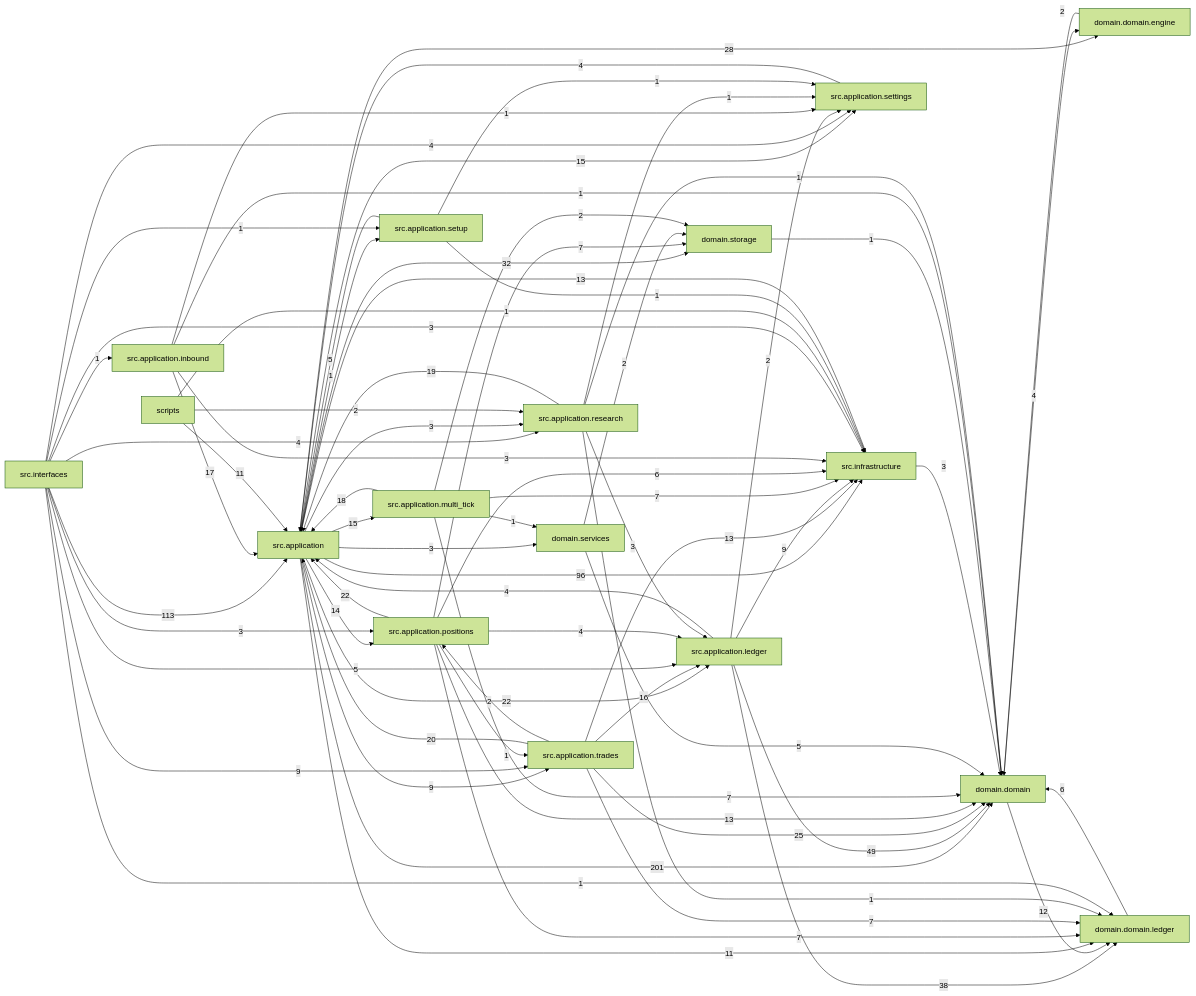
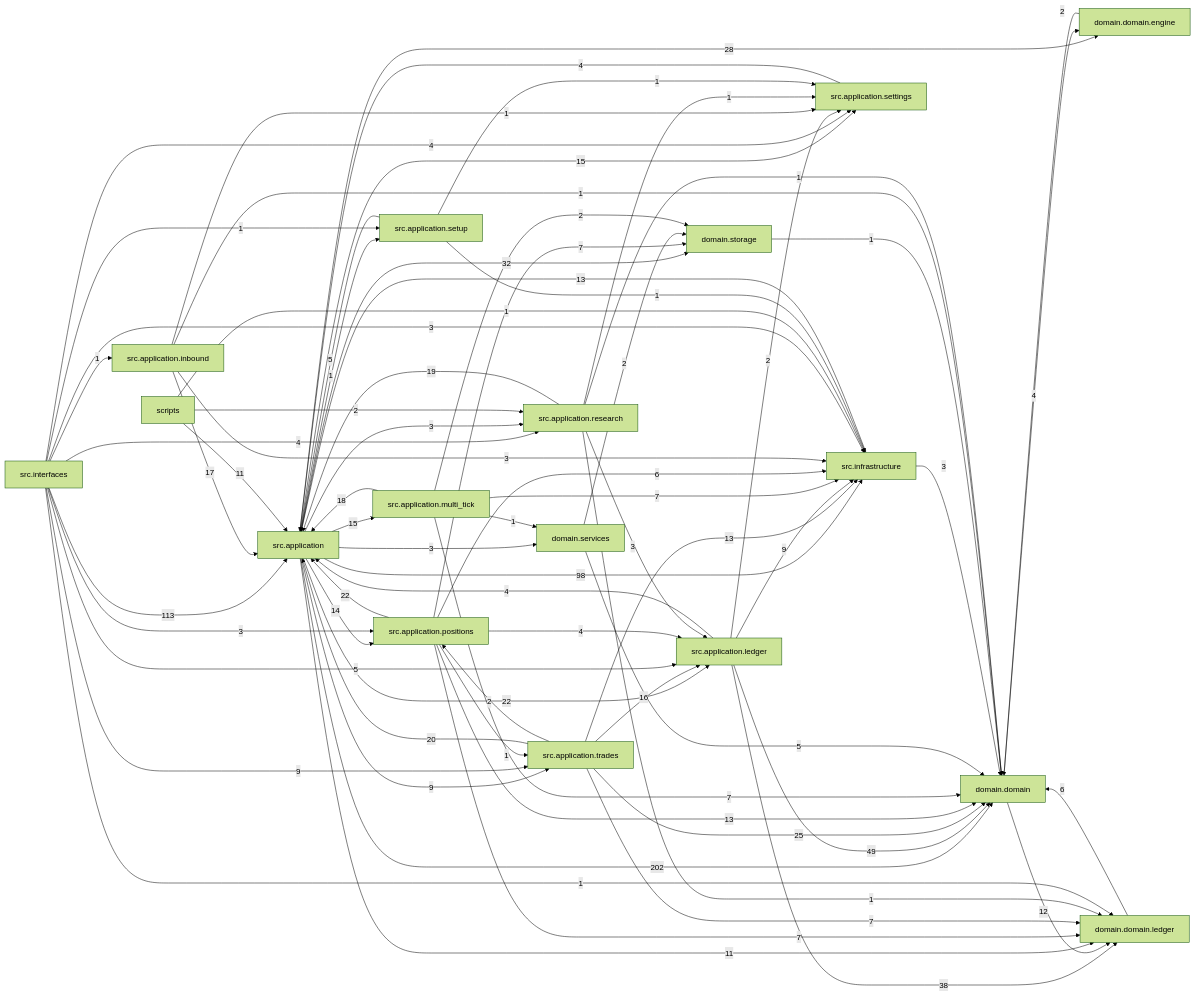
Before and after one commit to liuxie066/options-monitor: the diagram in docs/dependency_graph.mmd, drawn with Mermaid (forest theme). The commit also changed 13 other files, not shown here.

```diff
--- a/docs/dependency_graph.mmd
+++ b/docs/dependency_graph.mmd
@@ -1,72 +1,72 @@
 flowchart LR
-  src_application["src.application"] -->|201| domain_domain["domain.domain"]
+  src_application["src.application"] -->|202| domain_domain["domain.domain"]
   src_interfaces["src.interfaces"] -->|113| src_application["src.application"]
-  src_application["src.application"] -->|96| src_infrastructure["src.infrastructure"]
+  src_application["src.application"] -->|98| src_infrastructure["src.infrastructure"]
   src_application_ledger["src.application.ledger"] -->|49| domain_domain["domain.domain"]
   src_application_ledger["src.application.ledger"] -->|38| domain_domain_ledger["domain.domain.ledger"]
   src_application["src.application"] -->|32| domain_storage["domain.storage"]
   src_application["src.application"] -->|28| domain_domain_engine["domain.domain.engine"]
   src_application_trades["src.application.trades"] -->|25| domain_domain["domain.domain"]
   src_application["src.application"] -->|22| src_application_ledger["src.application.ledger"]
   src_application_positions["src.application.positions"] -->|22| src_application["src.application"]
   src_application_trades["src.application.trades"] -->|20| src_application["src.application"]
   src_application_research["src.application.research"] -->|19| src_application["src.application"]
   src_application_multi_tick["src.application.multi_tick"] -->|18| src_application["src.application"]
   src_application_inbound["src.application.inbound"] -->|17| src_application["src.application"]
   src_application_trades["src.application.trades"] -->|16| src_application_ledger["src.application.ledger"]
   src_application["src.application"] -->|15| src_application_multi_tick["src.application.multi_tick"]
   src_application["src.application"] -->|15| src_application_settings["src.application.settings"]
   src_application["src.application"] -->|14| src_application_positions["src.application.positions"]
   src_application_positions["src.application.positions"] -->|13| domain_domain["domain.domain"]
   src_application_trades["src.application.trades"] -->|13| src_infrastructure["src.infrastructure"]
   src_infrastructure["src.infrastructure"] -->|13| src_application["src.application"]
   domain_domain["domain.domain"] -->|12| domain_domain_ledger["domain.domain.ledger"]
   scripts["scripts"] -->|11| src_application["src.application"]
   src_application["src.application"] -->|11| domain_domain_ledger["domain.domain.ledger"]
   src_application["src.application"] -->|9| src_application_trades["src.application.trades"]
   src_application_ledger["src.application.ledger"] -->|9| src_infrastructure["src.infrastructure"]
   src_interfaces["src.interfaces"] -->|9| src_application_trades["src.application.trades"]
   src_application_multi_tick["src.application.multi_tick"] -->|7| domain_domain["domain.domain"]
   src_application_multi_tick["src.application.multi_tick"] -->|7| src_infrastructure["src.infrastructure"]
   src_application_positions["src.application.positions"] -->|7| domain_domain_ledger["domain.domain.ledger"]
   src_application_positions["src.application.positions"] -->|7| domain_storage["domain.storage"]
   src_application_trades["src.application.trades"] -->|7| domain_domain_ledger["domain.domain.ledger"]
   domain_domain_ledger["domain.domain.ledger"] -->|6| domain_domain["domain.domain"]
   src_application_positions["src.application.positions"] -->|6| src_infrastructure["src.infrastructure"]
   domain_services["domain.services"] -->|5| domain_domain["domain.domain"]
   src_application_setup["src.application.setup"] -->|5| src_application["src.application"]
   src_interfaces["src.interfaces"] -->|5| src_application_ledger["src.application.ledger"]
   domain_domain["domain.domain"] -->|4| domain_domain_engine["domain.domain.engine"]
   src_application_ledger["src.application.ledger"] -->|4| src_application["src.application"]
   src_application_positions["src.application.positions"] -->|4| src_application_ledger["src.application.ledger"]
   src_application_settings["src.application.settings"] -->|4| src_application["src.application"]
   src_interfaces["src.interfaces"] -->|4| src_application_research["src.application.research"]
   src_interfaces["src.interfaces"] -->|4| src_application_settings["src.application.settings"]
   src_application["src.application"] -->|3| domain_services["domain.services"]
   src_application["src.application"] -->|3| src_application_research["src.application.research"]
   src_application_inbound["src.application.inbound"] -->|3| src_infrastructure["src.infrastructure"]
   src_application_research["src.application.research"] -->|3| src_application_ledger["src.application.ledger"]
   src_infrastructure["src.infrastructure"] -->|3| domain_domain["domain.domain"]
   src_interfaces["src.interfaces"] -->|3| src_application_positions["src.application.positions"]
   src_interfaces["src.interfaces"] -->|3| src_infrastructure["src.infrastructure"]
   domain_domain_engine["domain.domain.engine"] -->|2| domain_domain["domain.domain"]
   domain_services["domain.services"] -->|2| domain_storage["domain.storage"]
   scripts["scripts"] -->|2| src_application_research["src.application.research"]
   src_application_ledger["src.application.ledger"] -->|2| src_application_settings["src.application.settings"]
   src_application_multi_tick["src.application.multi_tick"] -->|2| domain_storage["domain.storage"]
   src_application_trades["src.application.trades"] -->|2| src_application_positions["src.application.positions"]
   domain_storage["domain.storage"] -->|1| domain_domain["domain.domain"]
   scripts["scripts"] -->|1| src_infrastructure["src.infrastructure"]
   src_application["src.application"] -->|1| src_application_setup["src.application.setup"]
   src_application_inbound["src.application.inbound"] -->|1| domain_domain["domain.domain"]
   src_application_inbound["src.application.inbound"] -->|1| src_application_settings["src.application.settings"]
   src_application_multi_tick["src.application.multi_tick"] -->|1| domain_services["domain.services"]
   src_application_positions["src.application.positions"] -->|1| src_application_trades["src.application.trades"]
   src_application_research["src.application.research"] -->|1| domain_domain["domain.domain"]
   src_application_research["src.application.research"] -->|1| domain_domain_ledger["domain.domain.ledger"]
   src_application_research["src.application.research"] -->|1| src_application_settings["src.application.settings"]
   src_application_setup["src.application.setup"] -->|1| src_application_settings["src.application.settings"]
   src_application_setup["src.application.setup"] -->|1| src_infrastructure["src.infrastructure"]
   src_interfaces["src.interfaces"] -->|1| domain_domain_ledger["domain.domain.ledger"]
   src_interfaces["src.interfaces"] -->|1| src_application_inbound["src.application.inbound"]
   src_interfaces["src.interfaces"] -->|1| src_application_setup["src.application.setup"]
```
